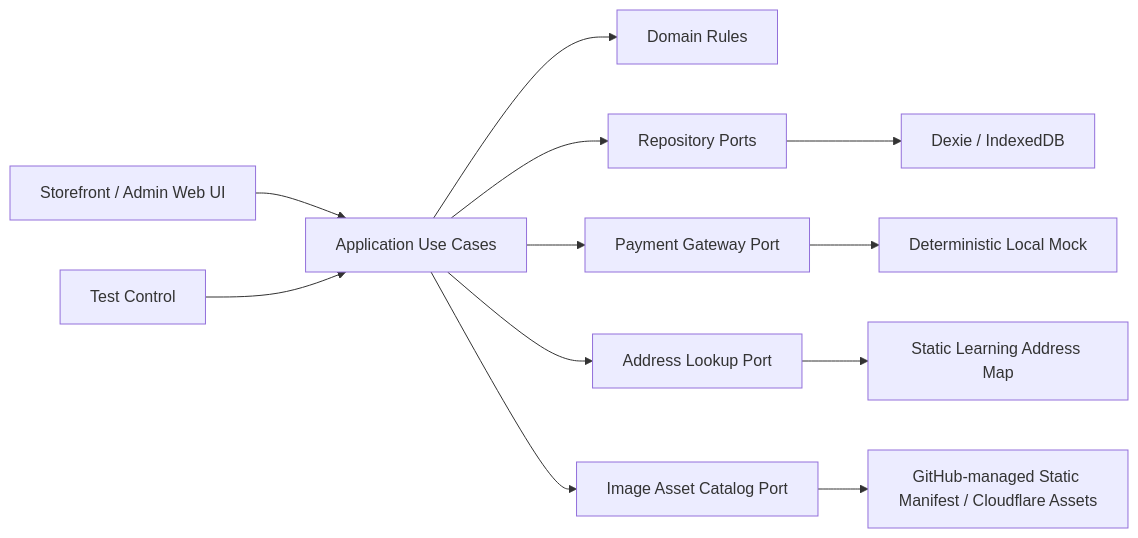
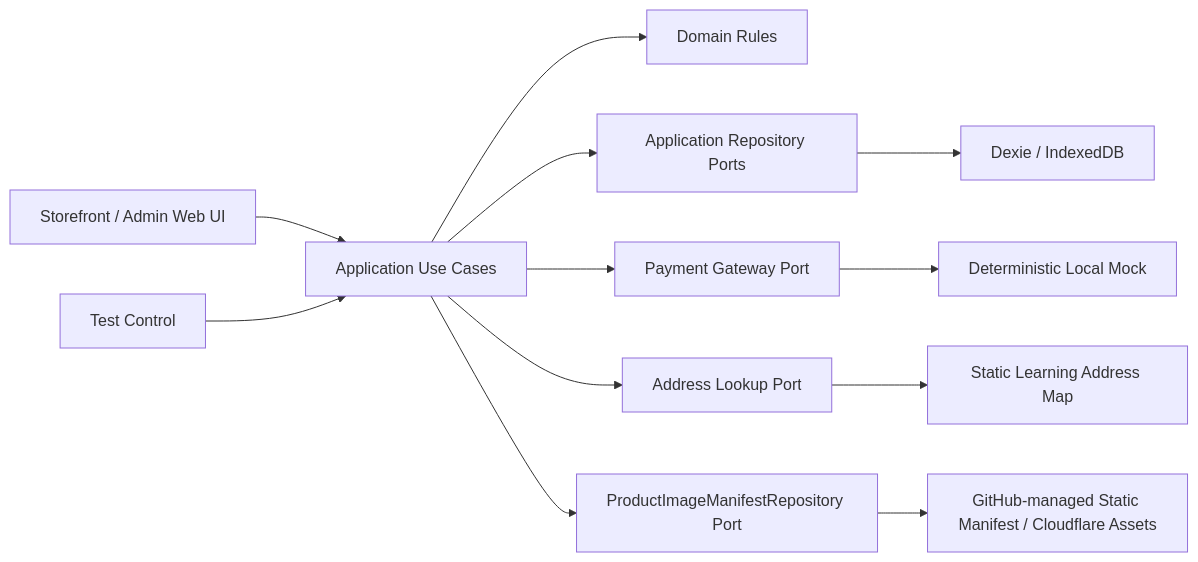
One commit to ryu-yoshikawa-pro-vision/qa-training-store changed the first of 2 diagrams in docs/02_architecture/system_architecture.md. Above: the diagram before and after it, drawn with Mermaid. The commit also changed other lines of this file and 32 other files, not shown here.

````diff
--- a/docs/02_architecture/system_architecture.md
+++ b/docs/02_architecture/system_architecture.md
@@ -5,14 +5,14 @@
 ```mermaid
 flowchart LR
   UI[Storefront / Admin Web UI] --> UC[Application Use Cases]
   UC --> D[Domain Rules]
-  UC --> R[Repository Ports]
+  UC --> R[Application Repository Ports]
   UC --> PG[Payment Gateway Port]
   UC --> AL[Address Lookup Port]
-  UC --> IA[Image Asset Catalog Port]
+  UC --> IA[ProductImageManifestRepository Port]
   R --> DX[Dexie / IndexedDB]
   PG --> MP[Deterministic Local Mock]
   AL --> SA[Static Learning Address Map]
   IA --> GM[GitHub-managed Static Manifest / Cloudflare Assets]
   TC[Test Control] --> UC
 ```
````
